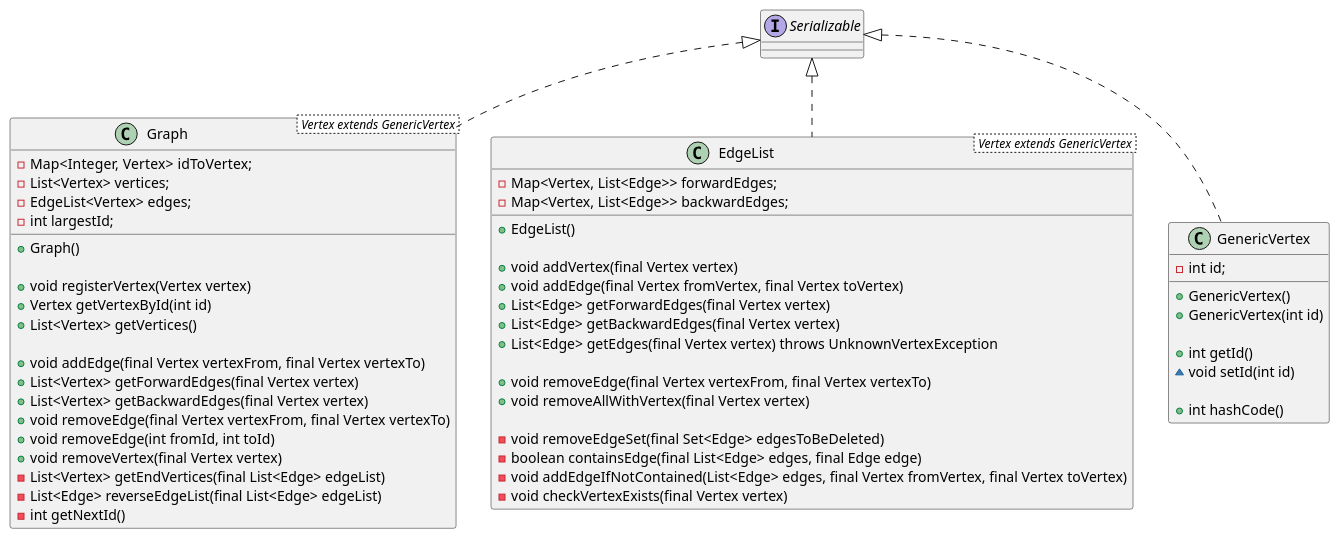
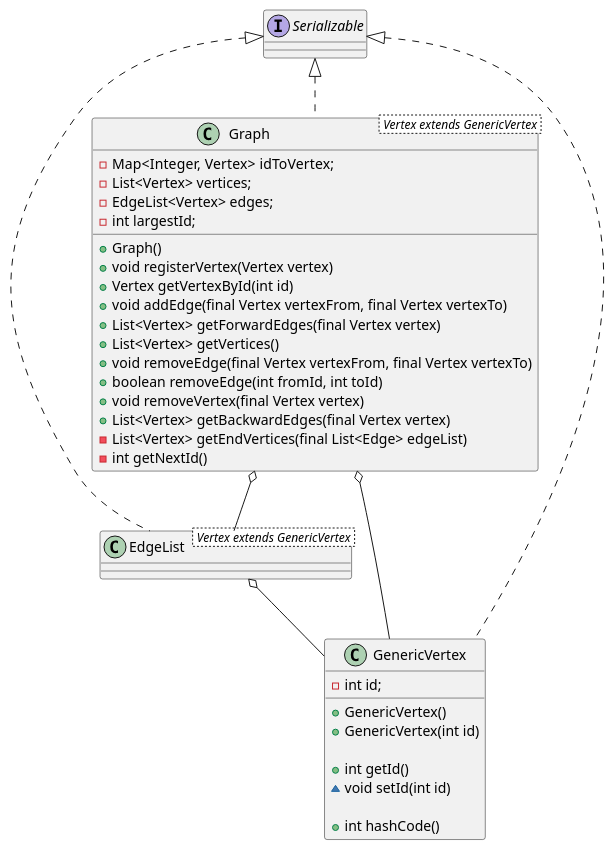
The diagram in uml/abstraction.puml (keksklauer4/MatLearn), drawn with PlantUML before and after one commit. The commit also changed 18 other files, not shown here.

Commit message:
Added uml

```diff
--- a/uml/abstraction.puml
+++ b/uml/abstraction.puml
@@ -2,66 +2,43 @@
 @startuml
 
 class Graph< Vertex extends GenericVertex >  implements Serializable {
-    -Map<Integer, Vertex> idToVertex;
-    -List<Vertex> vertices;
-    -EdgeList<Vertex> edges;
-    -int largestId;
+        -Map<Integer, Vertex> idToVertex;
+        -List<Vertex> vertices;
+        -EdgeList<Vertex> edges;
+        -int largestId;
 
-    +Graph()
-
-    +void registerVertex(Vertex vertex)
-    +Vertex getVertexById(int id)
-    +List<Vertex> getVertices()
-
-    +void addEdge(final Vertex vertexFrom, final Vertex vertexTo)
-    +List<Vertex> getForwardEdges(final Vertex vertex)
-    +List<Vertex> getBackwardEdges(final Vertex vertex)
-
-
-    +void removeEdge(final Vertex vertexFrom, final Vertex vertexTo)
-    +void removeEdge(int fromId, int toId)
-    +void removeVertex(final Vertex vertex)
-
-
-
-    -List<Vertex> getEndVertices(final List<Edge> edgeList)
-    -List<Edge> reverseEdgeList(final List<Edge> edgeList)
-    -int getNextId()
+        +Graph()
+        +void registerVertex(Vertex vertex)
+        +Vertex getVertexById(int id)
+        +void addEdge(final Vertex vertexFrom, final Vertex vertexTo)
+        +List<Vertex> getForwardEdges(final Vertex vertex)
+        +List<Vertex> getVertices()
+        +void removeEdge(final Vertex vertexFrom, final Vertex vertexTo)
+        +boolean removeEdge(int fromId, int toId)
+        +void removeVertex(final Vertex vertex)
+        +List<Vertex> getBackwardEdges(final Vertex vertex)
+        -List<Vertex> getEndVertices(final List<Edge> edgeList)
+        -int getNextId()
 }
 
 class EdgeList< Vertex extends GenericVertex > implements Serializable {
-    -Map<Vertex, List<Edge>> forwardEdges;
-    -Map<Vertex, List<Edge>> backwardEdges;
 
-    +EdgeList()
-
-    +void addVertex(final Vertex vertex)
-    +void addEdge(final Vertex fromVertex, final Vertex toVertex)
-    +List<Edge> getForwardEdges(final Vertex vertex)
-    +List<Edge> getBackwardEdges(final Vertex vertex)
-    +List<Edge> getEdges(final Vertex vertex) throws UnknownVertexException
-
-    +void removeEdge(final Vertex vertexFrom, final Vertex vertexTo)
-    +void removeAllWithVertex(final Vertex vertex)
-
-    -void removeEdgeSet(final Set<Edge> edgesToBeDeleted)
-    -boolean containsEdge(final List<Edge> edges, final Edge edge)
-    -void addEdgeIfNotContained(List<Edge> edges, final Vertex fromVertex, final Vertex toVertex)
-    -void checkVertexExists(final Vertex vertex)
 }
 
 class GenericVertex implements Serializable {
     -int id;
 
     +GenericVertex()
     +GenericVertex(int id)
 
      +int getId()
     ~void setId(int id)
 
     +int hashCode()
 }
 
-
+Graph o-- GenericVertex
+Graph o-- EdgeList
+EdgeList o-- GenericVertex
 
 @enduml
```
